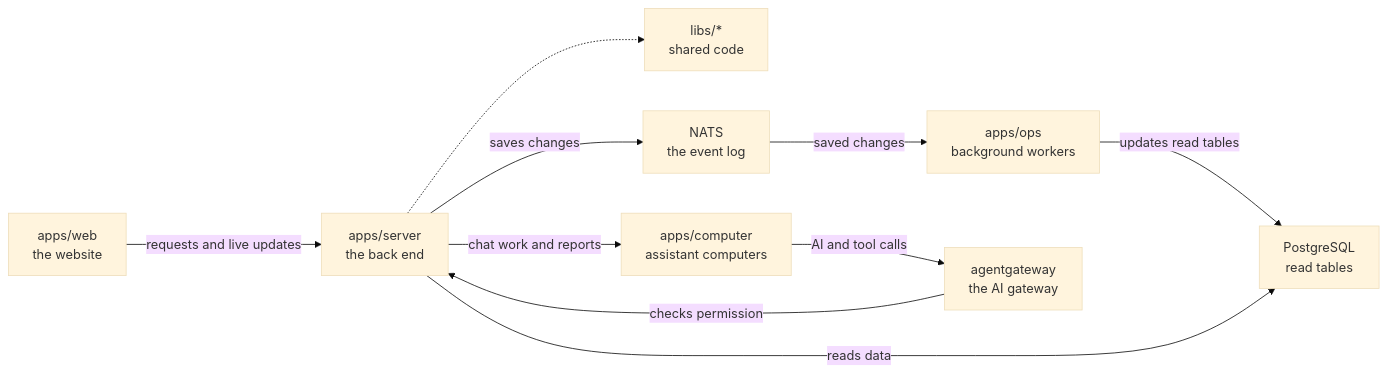
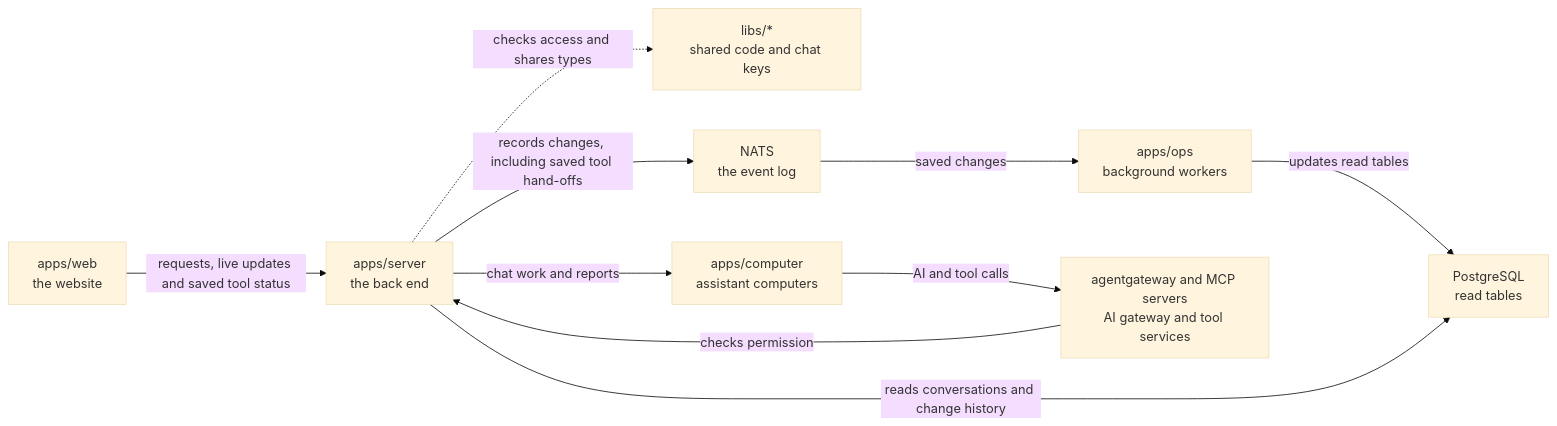
One commit to elewa-git/opencrane-new changed the diagram in apps/server/README.md. Above: the diagram before and after it, drawn with Mermaid (base theme). The commit also changed other lines of this file and 7 other files, not shown here.

Commit message:
🧾 Show saved tool dispatch evidence in Change history

````diff
--- a/apps/server/README.md
+++ b/apps/server/README.md
@@ -22,12 +25,12 @@
 ```mermaid
 flowchart LR
-  web["apps/web<br/>the website"] -->|requests and live updates| server["apps/server<br/>the back end"]
-  server -.-> libs["libs/*<br/>shared code"]
-  server -->|saves changes| nats["NATS<br/>the event log"]
+  web["apps/web<br/>the website"] -->|requests, live updates and saved tool status| server["apps/server<br/>the back end"]
+  server -.->|checks access and shares types| libs["libs/*<br/>shared code and chat keys"]
+  server -->|records changes, including saved tool hand-offs| nats["NATS<br/>the event log"]
   nats -->|saved changes| ops["apps/ops<br/>background workers"]
   ops -->|updates read tables| postgres["PostgreSQL<br/>read tables"]
-  server -->|reads data| postgres
+  server -->|reads conversations and change history| postgres
   server -->|chat work and reports| computer["apps/computer<br/>assistant computers"]
-  computer -->|AI and tool calls| gateway["agentgateway<br/>the AI gateway"]
-  gateway -->|checks permission| server
+  computer -->|AI and tool calls| runtime["agentgateway and MCP servers<br/>AI gateway and tool services"]
+  runtime -->|checks permission| server
 ```
````
